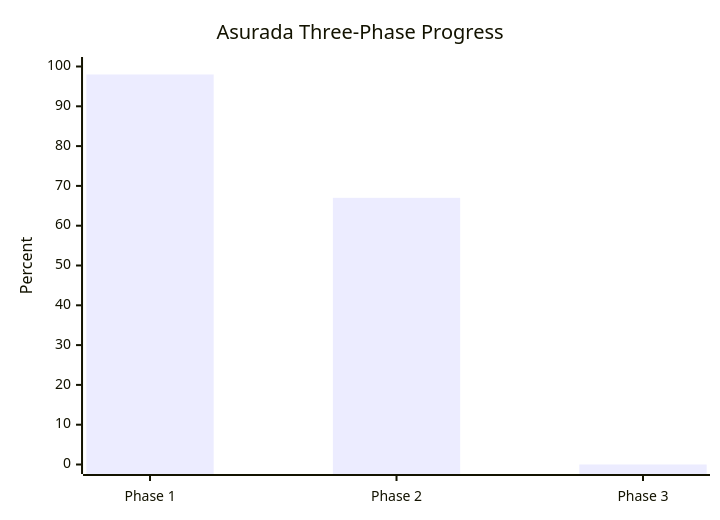
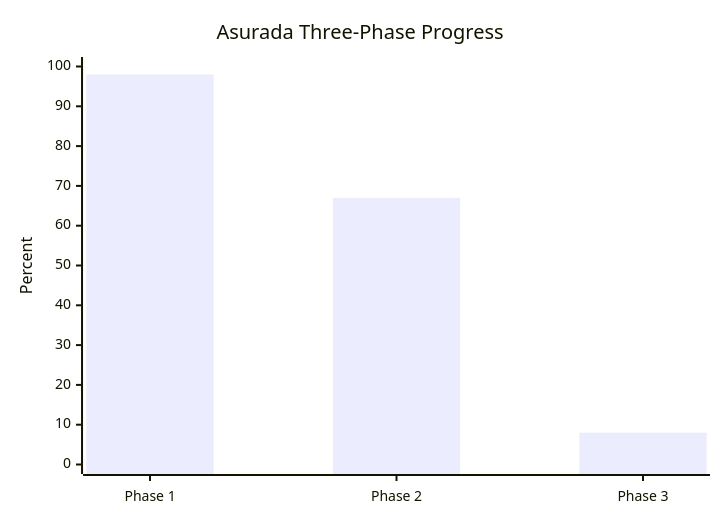
Before and after one commit to Sn55555/Asurada: the first of 2 diagrams in PROJECT_PROGRESS.md, drawn with Mermaid. The commit also changed other lines of this file and 2 other files, not shown here.

````diff
--- a/PROJECT_PROGRESS.md
+++ b/PROJECT_PROGRESS.md
@@ -12,7 +12,7 @@
 ```mermaid
 xychart-beta
     title "Asurada Three-Phase Progress"
     x-axis ["Phase 1", "Phase 2", "Phase 3"]
     y-axis "Percent" 0 --> 100
-    bar [98, 67, 0]
+    bar [98, 67, 8]
 ```
````
